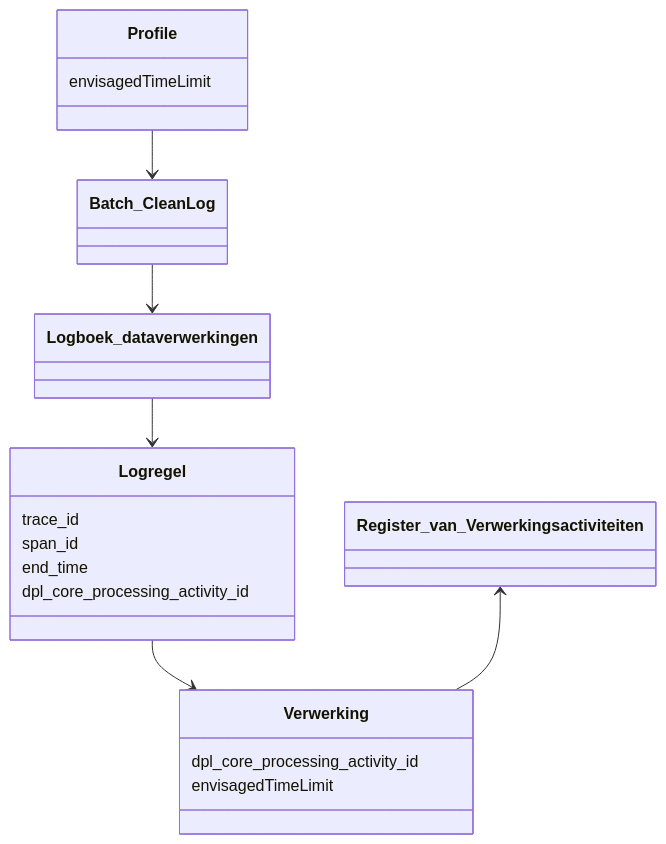
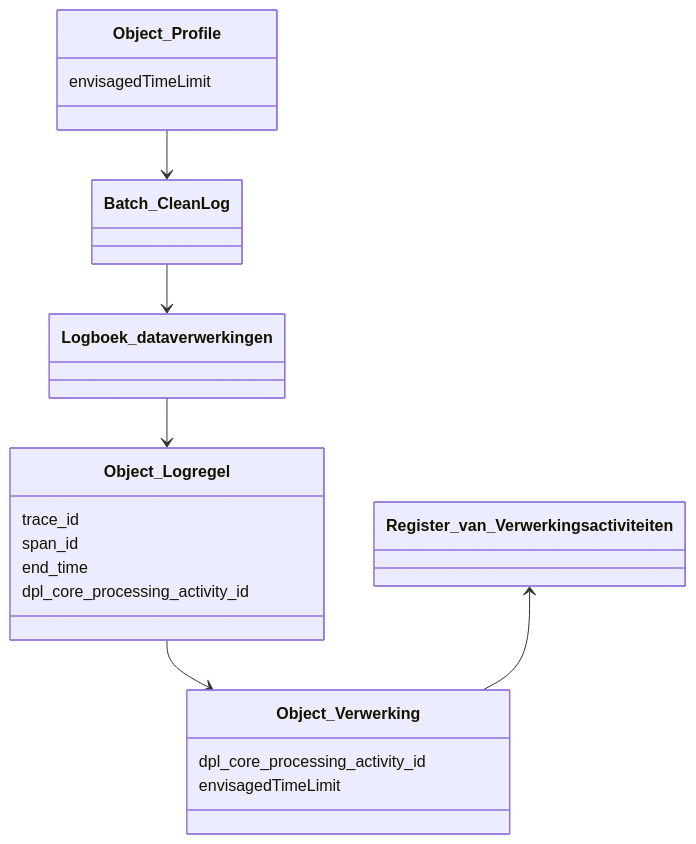
Before and after one commit to developer-overheid-nl/don-site: the first of 6 diagrams in docs/data/standaarden/logboek-dataverwerkingen/use_cases_LDV.md, drawn with Mermaid.

Commit message:
Refactor class names in use_cases_LDV.md

````diff
--- a/docs/data/standaarden/logboek-dataverwerkingen/use_cases_LDV.md
+++ b/docs/data/standaarden/logboek-dataverwerkingen/use_cases_LDV.md
@@ -26,24 +26,24 @@
 ```mermaid
 classDiagram
-    class Profile {
+    class Object_Profile {
         envisagedTimeLimit
     }
     class Batch_CleanLog
     class Logboek_dataverwerkingen
     class Register_van_Verwerkingsactiviteiten
-    class Logregel {
+    class Object_Logregel {
         trace_id
         span_id
         end_time
         dpl_core_processing_activity_id
     }
-    class Verwerking {
+    class Object_Verwerking {
         dpl_core_processing_activity_id
         envisagedTimeLimit
     }
-    Profile --> Batch_CleanLog
+    Object_Profile --> Batch_CleanLog
    Batch_CleanLog --> Logboek_dataverwerkingen
-   Logboek_dataverwerkingen --> Logregel
-   Logregel --> Verwerking
-   Register_van_Verwerkingsactiviteiten <-- Verwerking
+   Logboek_dataverwerkingen --> Object_Logregel
+   Object_Logregel --> Object_Verwerking
+   Register_van_Verwerkingsactiviteiten <-- Object_Verwerking
 ```
````
